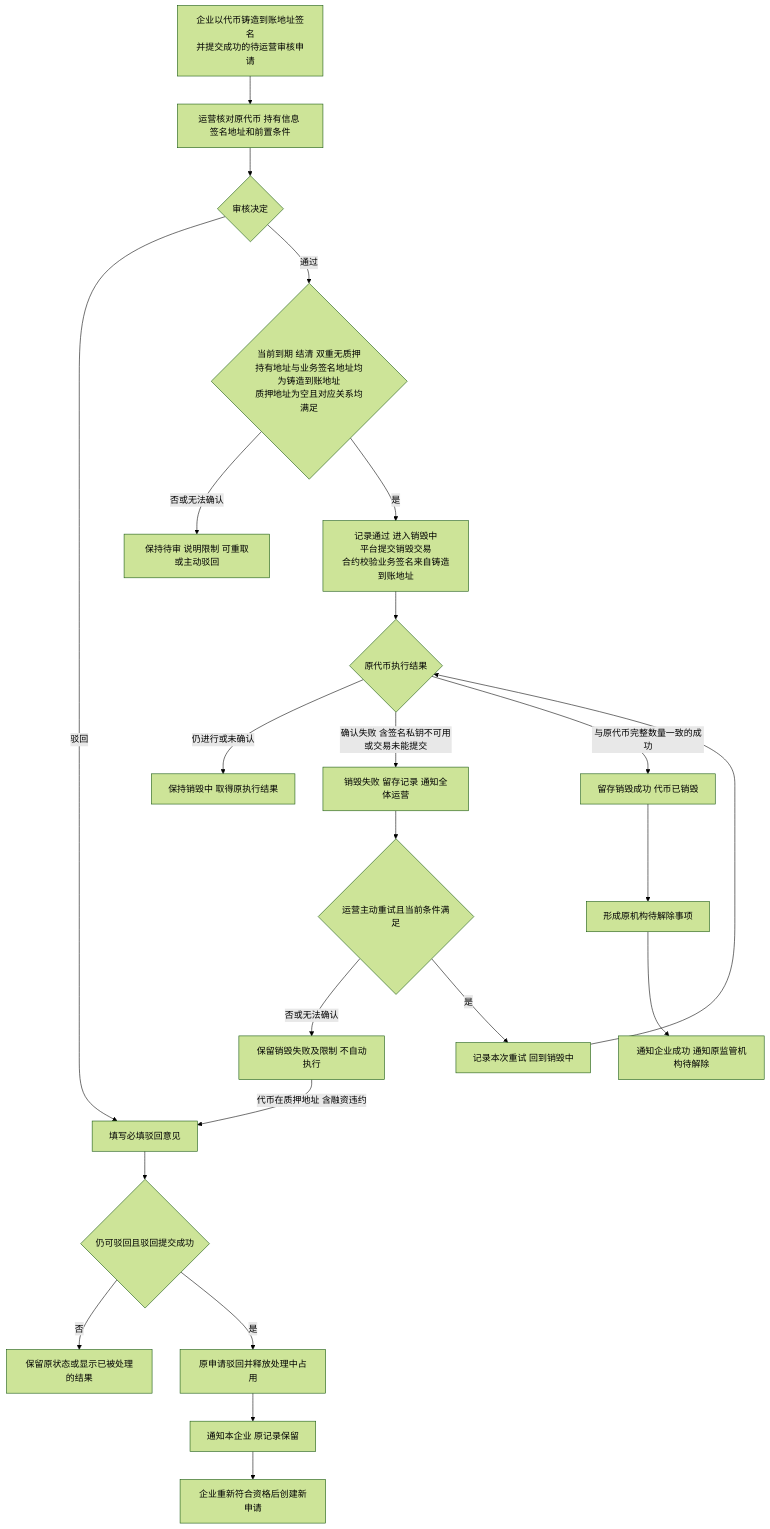
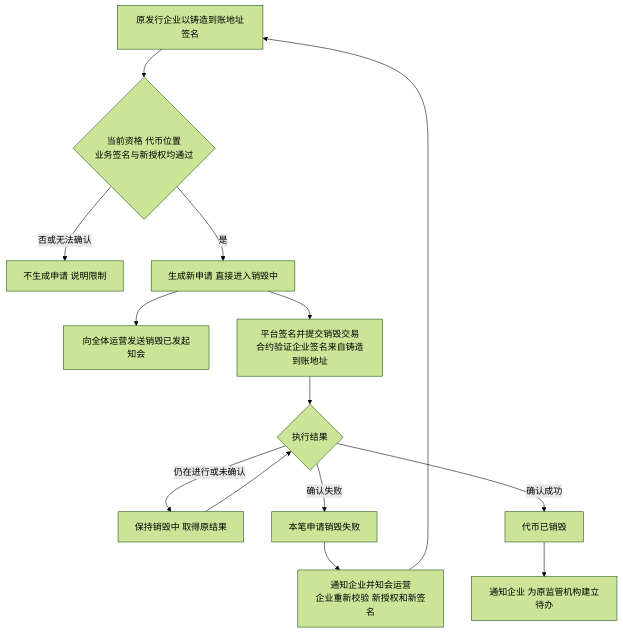
One commit to wxblockchain/Chain-Financing changed the first of 5 diagrams in token-issuance-platform/PRD/管理端/M4b-销毁审核与解除质押/02-销毁审核与解除质押-流程图与状态机.md. Above: the diagram before and after it, drawn with Mermaid (forest theme). The commit also changed other lines of this file and 16 other files, not shown here.

````diff
--- a/token-issuance-platform/PRD/管理端/M4b-销毁审核与解除质押/02-销毁审核与解除质押-流程图与状态机.md
+++ b/token-issuance-platform/PRD/管理端/M4b-销毁审核与解除质押/02-销毁审核与解除质押-流程图与状态机.md
@@ -18,25 +18,16 @@
 ```mermaid
 flowchart TD
-    A[企业以代币铸造到账地址签名<br/>并提交成功的待运营审核申请] --> B[运营核对原代币 持有信息 签名地址和前置条件]
-    B --> C{审核决定}
-    C -->|驳回| D[填写必填驳回意见]
-    D --> E{仍可驳回且驳回提交成功}
-    E -->|否| F[保留原状态或显示已被处理的结果]
-    E -->|是| G[原申请驳回并释放处理中占用]
-    G --> H[通知本企业 原记录保留]
-    H --> I[企业重新符合资格后创建新申请]
-    C -->|通过| J{当前到期 结清 双重无质押<br/>持有地址与业务签名地址均为铸造到账地址<br/>质押地址为空且对应关系均满足}
-    J -->|否或无法确认| K[保持待审 说明限制 可重取或主动驳回]
-    J -->|是| L[记录通过 进入销毁中<br/>平台提交销毁交易<br/>合约校验业务签名来自铸造到账地址]
-    L --> M{原代币执行结果}
-    M -->|仍进行或未确认| N[保持销毁中 取得原执行结果]
-    M -->|确认失败 含签名私钥不可用或交易未能提交| O[销毁失败 留存记录 通知全体运营]
-    O --> P{运营主动重试且当前条件满足}
-    P -->|否或无法确认| Q[保留销毁失败及限制 不自动执行]
-    Q -->|代币在质押地址 含融资违约| D
-    P -->|是| R[记录本次重试 回到销毁中]
-    R --> M
-    M -->|与原代币完整数量一致的成功| S[留存销毁成功 代币已销毁]
-    S --> T[形成原机构待解除事项]
-    T --> U[通知企业成功 通知原监管机构待解除]
+    A[原发行企业以铸造到账地址签名] --> B{当前资格 代币位置<br/>业务签名与新授权均通过}
+    B -->|否或无法确认| C[不生成申请 说明限制]
+    B -->|是| D[生成新申请 直接进入销毁中]
+    D --> E[向全体运营发送销毁已发起知会]
+    D --> F[平台签名并提交销毁交易<br/>合约验证企业签名来自铸造到账地址]
+    F --> G{执行结果}
+    G -->|仍在进行或未确认| H[保持销毁中 取得原结果]
+    H --> G
+    G -->|确认失败| I[本笔申请销毁失败]
+    I --> J[通知企业并知会运营<br/>企业重新校验 新授权和新签名]
+    J --> A
+    G -->|确认成功| K[代币已销毁]
+    K --> L[通知企业 为原监管机构建立待办]
 ```
````
